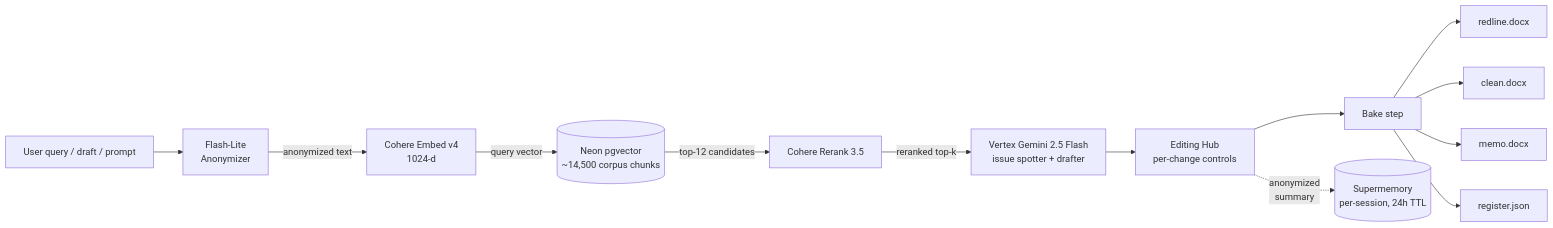
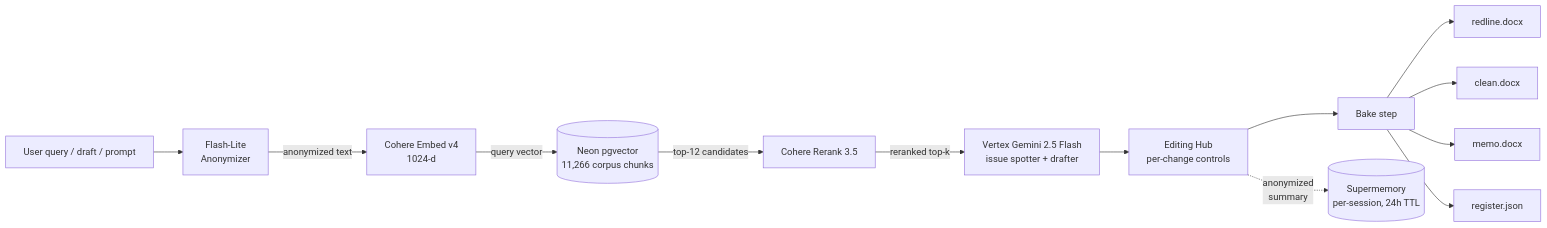
One commit to nick-battags/LawAgent changed the diagram in README.md. Above: the diagram before and after it, drawn with Mermaid. The commit also changed other lines of this file, not shown here.

First line of the commit message:
README v1.1: rebrand to Argus, refresh corpus counts, add badges

````diff
--- a/README.md
+++ b/README.md
@@ -35,15 +41,15 @@
 ```mermaid
 graph LR
   U[User query / draft / prompt] --> AN[Flash-Lite<br/>Anonymizer]
   AN -->|anonymized text| E[Cohere Embed v4<br/>1024-d]
-  E -->|query vector| PG[(Neon pgvector<br/>~14,500 corpus chunks)]
+  E -->|query vector| PG[(Neon pgvector<br/>11,266 corpus chunks)]
   PG -->|top-12 candidates| RR[Cohere Rerank 3.5]
   RR -->|reranked top-k| G[Vertex Gemini 2.5 Flash<br/>issue spotter + drafter]
   G --> H[Editing Hub<br/>per-change controls]
   H --> B[Bake step]
   B --> R[redline.docx]
   B --> C[clean.docx]
   B --> M[memo.docx]
   B --> J[register.json]
   H -.->|anonymized<br/>summary| SM[(Supermemory<br/>per-session, 24h TTL)]
 ```
````
